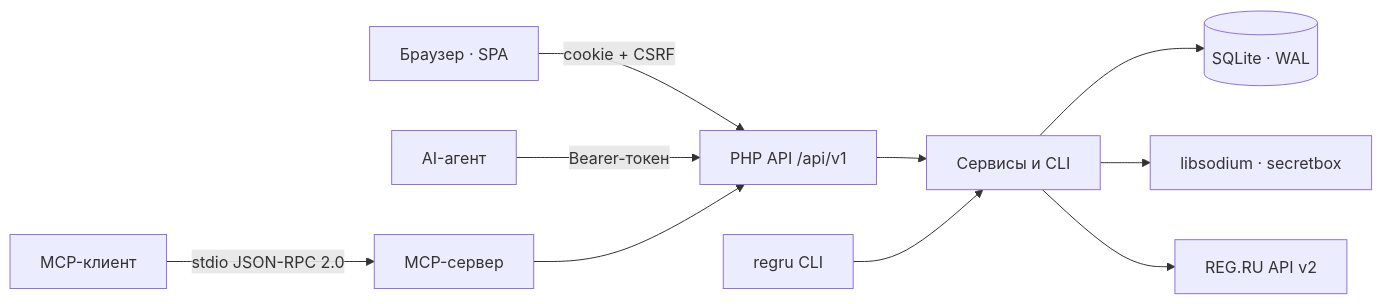
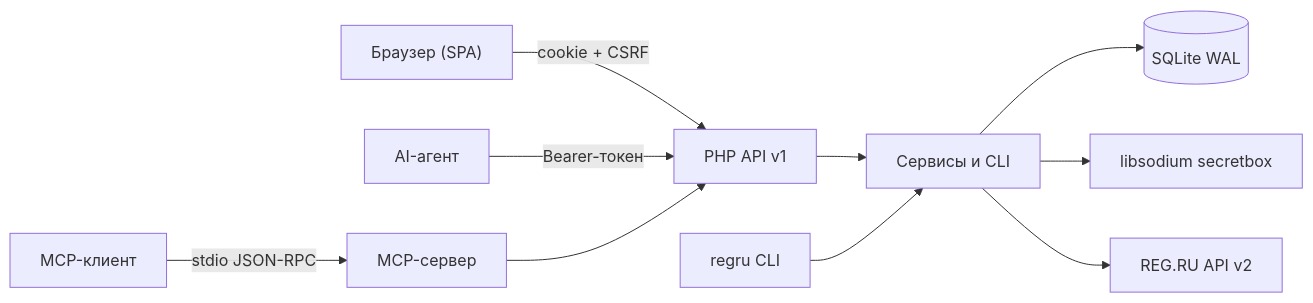
The diagram in README.md (paulmann/regru-control), drawn with Mermaid before and after one commit.

Commit message:
docs: make the architecture diagram render on GitHub

````diff
--- a/README.md
+++ b/README.md
@@ -116,12 +116,12 @@
 ```mermaid
 flowchart LR
-  U[Браузер · SPA] -->|cookie + CSRF| API[PHP API /api/v1]
-  A[AI-агент] -->|Bearer-токен| API
-  M[MCP-клиент] -->|stdio JSON-RPC 2.0| S[MCP-сервер]
+  U["Браузер (SPA)"] -->|"cookie + CSRF"| API["PHP API v1"]
+  A["AI-агент"] -->|"Bearer-токен"| API
+  M["MCP-клиент"] -->|"stdio JSON-RPC"| S["MCP-сервер"]
   S --> API
-  API --> SVC[Сервисы и CLI]
-  SVC --> DB[(SQLite · WAL)]
-  SVC --> ENC[libsodium · secretbox]
-  SVC --> RR[REG.RU API v2]
-  CLI[regru CLI] --> SVC
+  API --> SVC["Сервисы и CLI"]
+  SVC --> DB[("SQLite WAL")]
+  SVC --> ENC["libsodium secretbox"]
+  SVC --> RR["REG.RU API v2"]
+  CLI["regru CLI"] --> SVC
 ```
````
